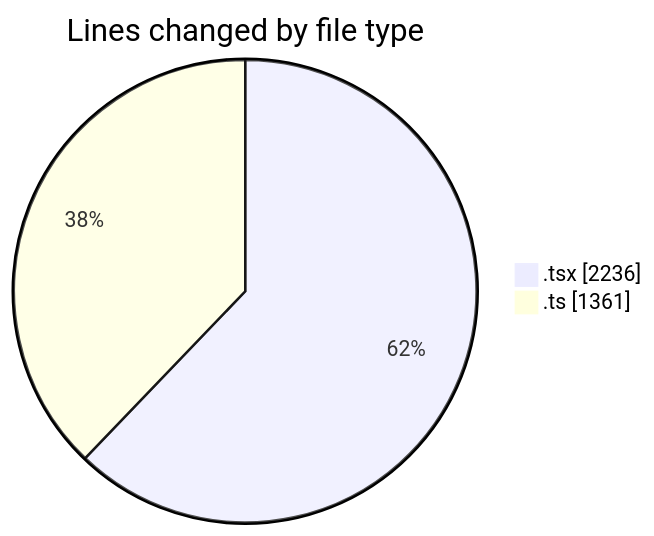
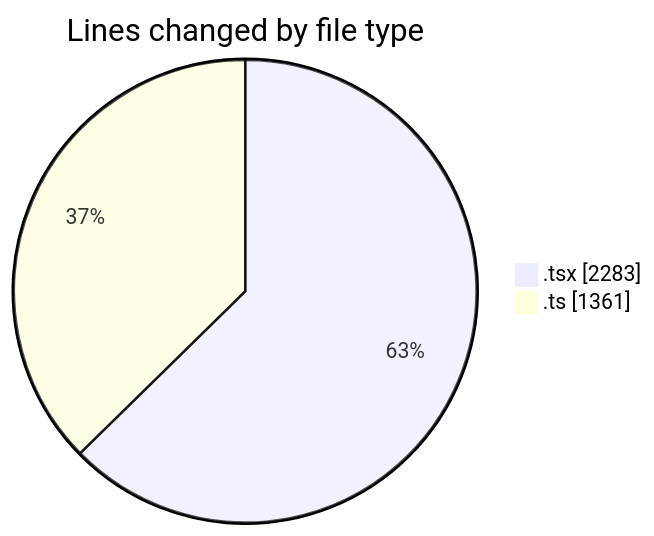
One commit to nxtqubesakshisongat/code-tracking changed the first of 2 diagrams in 2026-03-06/nxtqube_webapp/README.md. Above: the diagram before and after it, drawn with Mermaid. The commit also changed other lines of this file and 1 other file, not shown here.

````diff
--- a/2026-03-06/nxtqube_webapp/README.md
+++ b/2026-03-06/nxtqube_webapp/README.md
@@ -29,6 +29,6 @@
 ```mermaid
 pie showData
 title Lines changed by file type
-".tsx" : 2236
+".tsx" : 2283
 ".ts" : 1361
 ```
````
